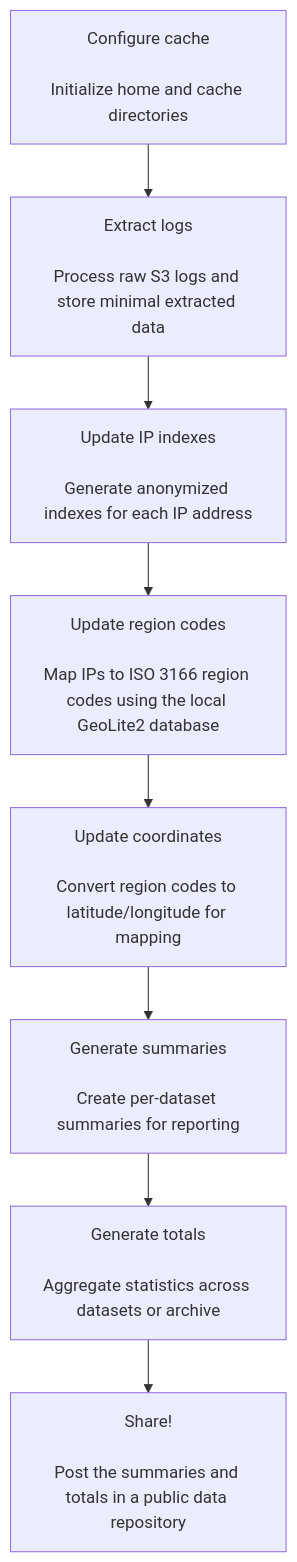
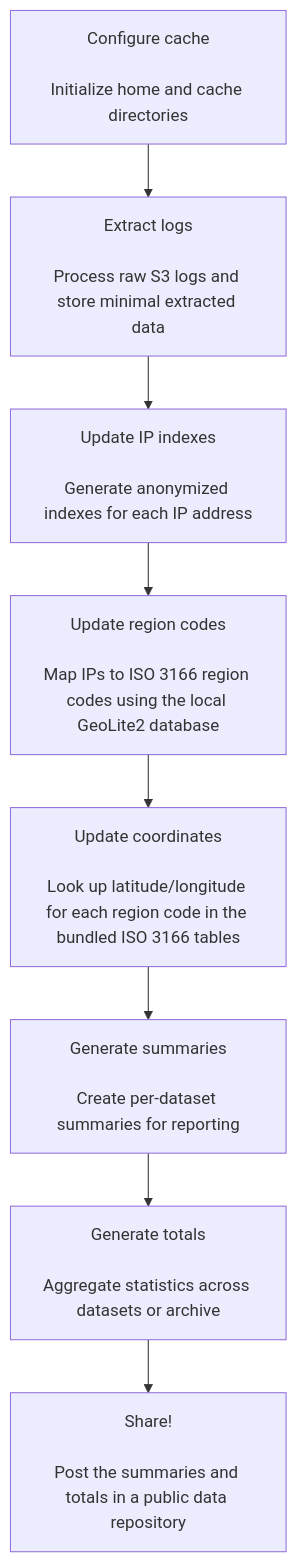
Before and after one commit to catalystneuro/dandi_s3_log_parser: the diagram in README.md, drawn with Mermaid. The commit also changed other lines of this file and 18 other files, not shown here.

First line of the commit message:
Replace OpenCage with bundled ISO 3166 tables and switch to alpha-3 country codes

````diff
--- a/README.md
+++ b/README.md
@@ -46,19 +46,19 @@
 ```mermaid
 flowchart TD
     A[Configure cache<br/><br/>Initialize home and cache directories]
     B[Extract logs<br/><br/>Process raw S3 logs and store minimal extracted data]
     C[Update IP indexes<br/><br/>Generate anonymized indexes for each IP address]
     D[Update region codes<br/><br/>Map IPs to ISO 3166 region codes using the local GeoLite2 database]
-    E[Update coordinates<br/><br/>Convert region codes to latitude/longitude for mapping]
+    E[Update coordinates<br/><br/>Look up latitude/longitude for each region code in the bundled ISO 3166 tables]
     F[Generate summaries<br/><br/>Create per-dataset summaries for reporting]
     G[Generate totals<br/><br/>Aggregate statistics across datasets or archive]
     H[Share!<br/><br/>Post the summaries and totals in a public data repository]
 
     A --> B
     B --> C
     C --> D
     D --> E
     E --> F
     F --> G
     G --> H
 ```
````
